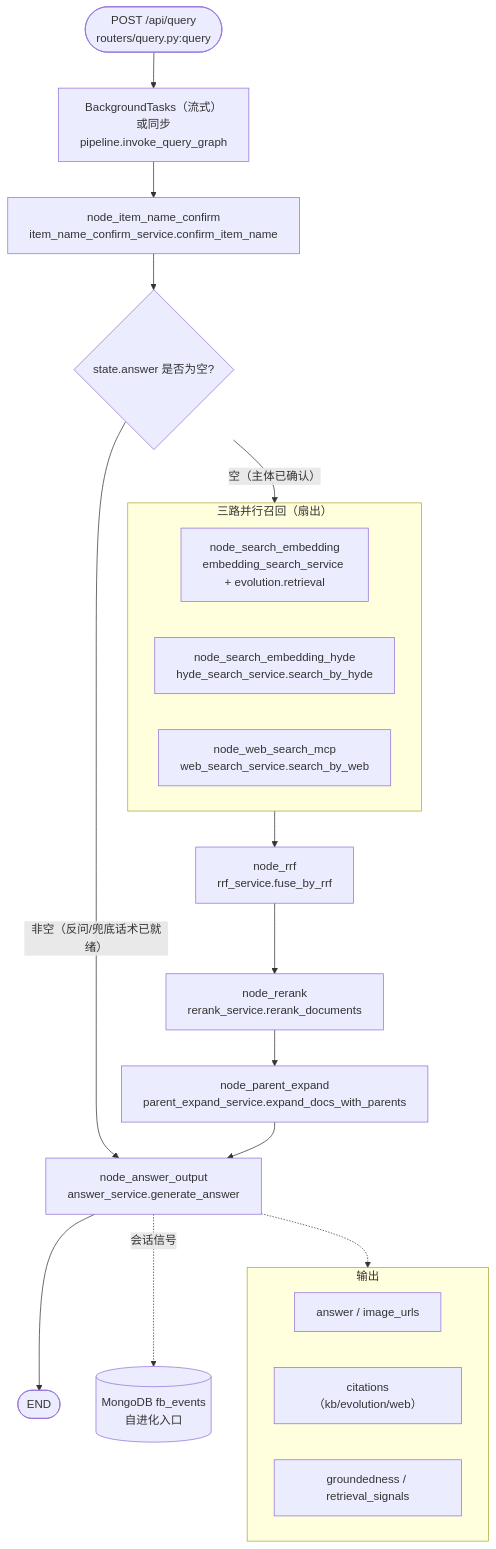
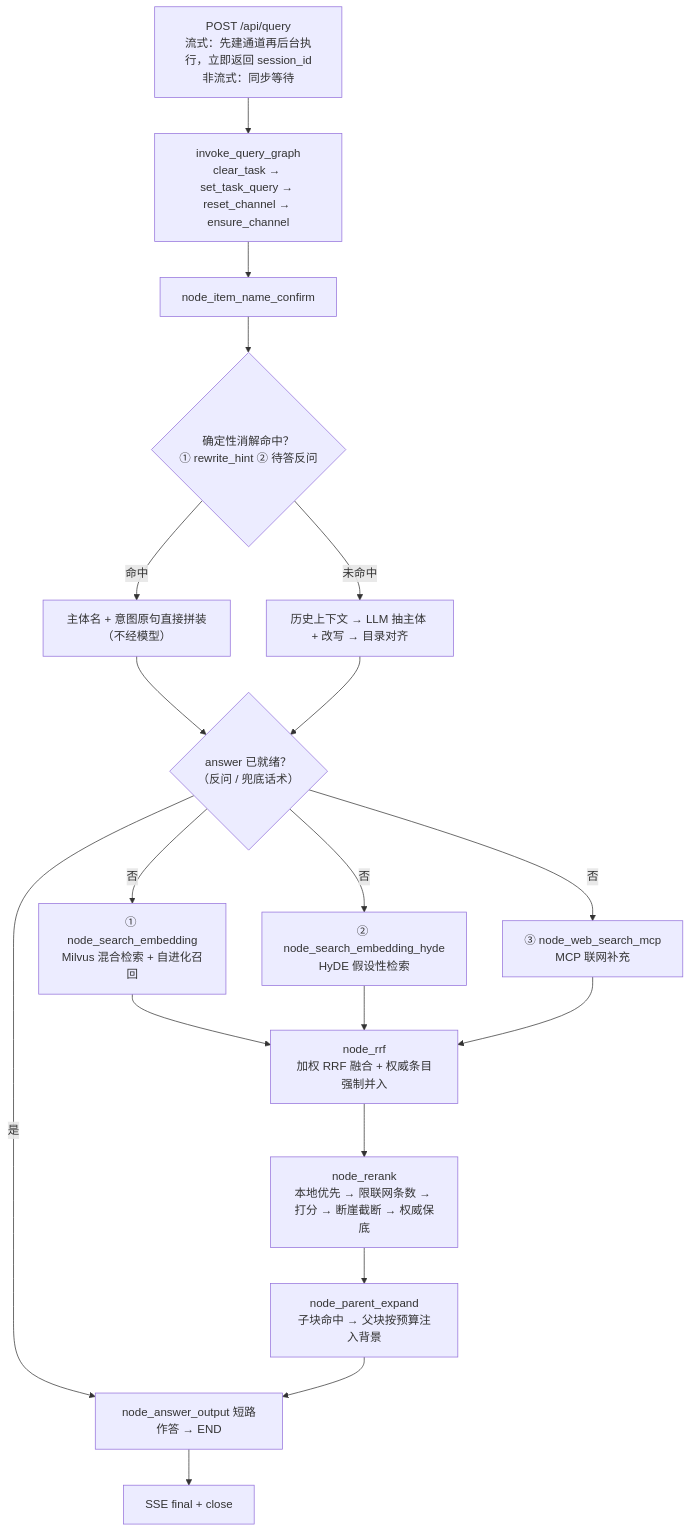
The fourth of 10 diagrams in docs/se_rag-技术讲解文档.md (LZX842056112/se_rag), drawn with Mermaid before and after one commit. The commit also changed other lines of this file and 3 other files, not shown here.

````diff
--- a/docs/se_rag-技术讲解文档.md
+++ b/docs/se_rag-技术讲解文档.md
@@ -249,30 +192,21 @@
 ```mermaid
 flowchart TD
-    START(["POST /api/query<br/>routers/query.py:query"]) --> BG["BackgroundTasks（流式）<br/>或同步<br/>pipeline.invoke_query_graph"]
-    BG --> N1["node_item_name_confirm<br/>item_name_confirm_service.confirm_item_name"]
-
-    N1 --> C1{"state.answer 是否为空?"}
-    C1 -- "非空（反问/兜底话术已就绪）" --> N8["node_answer_output<br/>answer_service.generate_answer"]
-    C1 -- "空（主体已确认）" --> FAN
-
-    subgraph FAN["三路并行召回（扇出）"]
-        direction LR
-        N2["node_search_embedding<br/>embedding_search_service + evolution.retrieval"]
-        N3["node_search_embedding_hyde<br/>hyde_search_service.search_by_hyde"]
-        N4["node_web_search_mcp<br/>web_search_service.search_by_web"]
-    end
-
-    FAN --> N5["node_rrf<br/>rrf_service.fuse_by_rrf"]
-    N5 --> N6["node_rerank<br/>rerank_service.rerank_documents"]
-    N6 --> N7["node_parent_expand<br/>parent_expand_service.expand_docs_with_parents"]
-    N7 --> N8
-    N8 --> E1(["END"])
-
-    subgraph OUT["输出"]
-        O1["answer / image_urls"]
-        O2["citations（kb/evolution/web）"]
-        O3["groundedness / retrieval_signals"]
-    end
-    N8 -.-> OUT
-    N8 -. 会话信号 .-> FB[("MongoDB fb_events<br/>自进化入口")]
+    A["POST /api/query<br/>流式：先建通道再后台执行，立即返回 session_id<br/>非流式：同步等待"] --> B["invoke_query_graph<br/>clear_task → set_task_query → reset_channel → ensure_channel"]
+    B --> C["node_item_name_confirm"]
+    C --> C0{"确定性消解命中？<br/>① rewrite_hint ② 待答反问"}
+    C0 -- 命中 --> C1["主体名 + 意图原句直接拼装（不经模型）"]
+    C0 -- 未命中 --> C2["历史上下文 → LLM 抽主体 + 改写 → 目录对齐"]
+    C1 --> D
+    C2 --> D{"answer 已就绪？<br/>（反问 / 兜底话术）"}
+    D -- 是 --> Z["node_answer_output 短路作答 → END"]
+    D -- 否 --> E1["① node_search_embedding<br/>Milvus 混合检索 + 自进化召回"]
+    D -- 否 --> E2["② node_search_embedding_hyde<br/>HyDE 假设性检索"]
+    D -- 否 --> E3["③ node_web_search_mcp<br/>MCP 联网补充"]
+    E1 --> F["node_rrf<br/>加权 RRF 融合 + 权威条目强制并入"]
+    E2 --> F
+    E3 --> F
+    F --> G["node_rerank<br/>本地优先 → 限联网条数 → 打分 → 断崖截断 → 权威保底"]
+    G --> H["node_parent_expand<br/>子块命中 → 父块按预算注入背景"]
+    H --> Z
+    Z --> Y["SSE final + close"]
 ```
````
